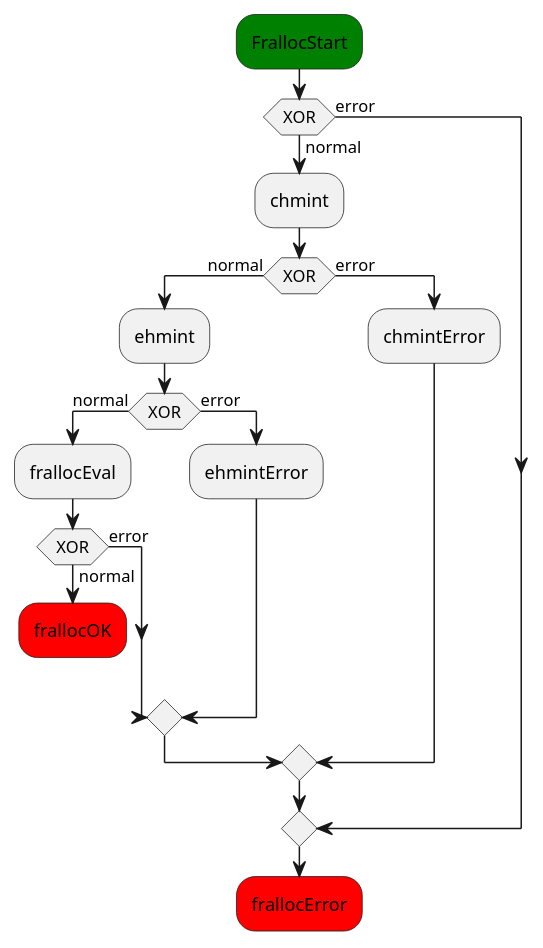
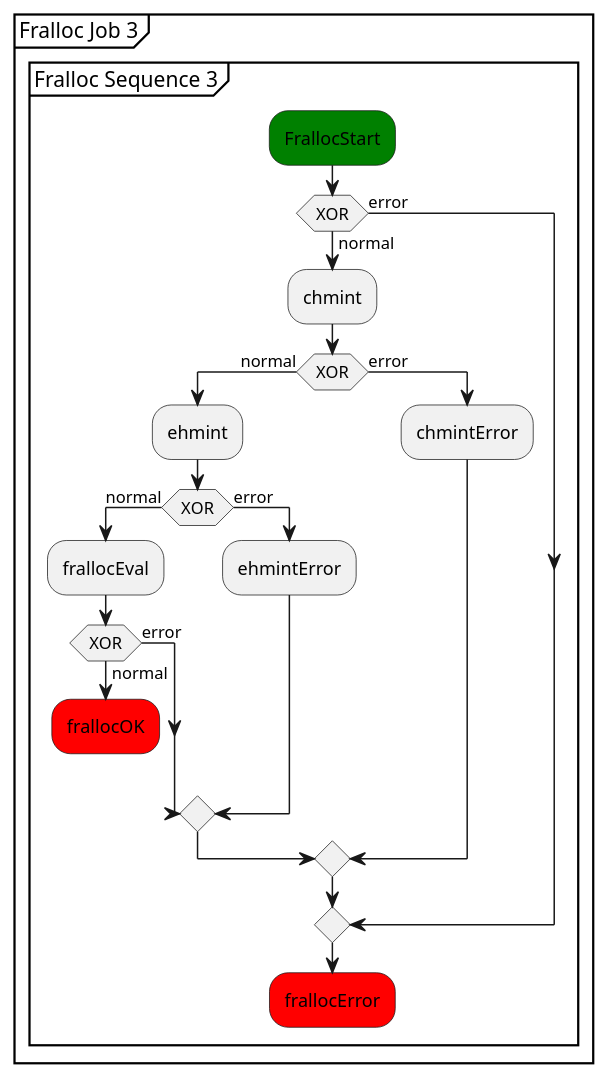
Before and after one commit to xtuml/munin: the diagram in models/SequenceVerificationDataCentric/puml/frallocPattern3.puml, drawn with PlantUML. The commit also changed 4 other files, not shown here.

```diff
--- a/models/SequenceVerificationDataCentric/puml/frallocPattern3.puml
+++ b/models/SequenceVerificationDataCentric/puml/frallocPattern3.puml
@@ -1,23 +1,27 @@
 @startuml
-#green:FrallocStart;
-if (XOR) then (normal)
-  :chmint;
-  if (XOR) then (normal)
-    :ehmint;
+partition "Fralloc Job 3" {
+  group "Fralloc Sequence 3"
+    #green:FrallocStart;
     if (XOR) then (normal)
-      :frallocEval;
+      :chmint;
       if (XOR) then (normal)
-        #red:frallocOK;
-        detach
+        :ehmint;
+        if (XOR) then (normal)
+          :frallocEval;
+          if (XOR) then (normal)
+            #red:frallocOK;
+            detach
+          else (error)
+          endif
+        else (error)
+          :ehmintError;
+        endif  
       else (error)
-      endif
-    else (error)
-      :ehmintError;
-    endif  
-  else (error)
-    :chmintError;    
-  endif 
-else (error)   
-endif
-#red:frallocError;  
+        :chmintError;    
+      endif 
+    else (error)   
+    endif
+    #red:frallocError;  
+  end group
+}  
 @enduml
```
